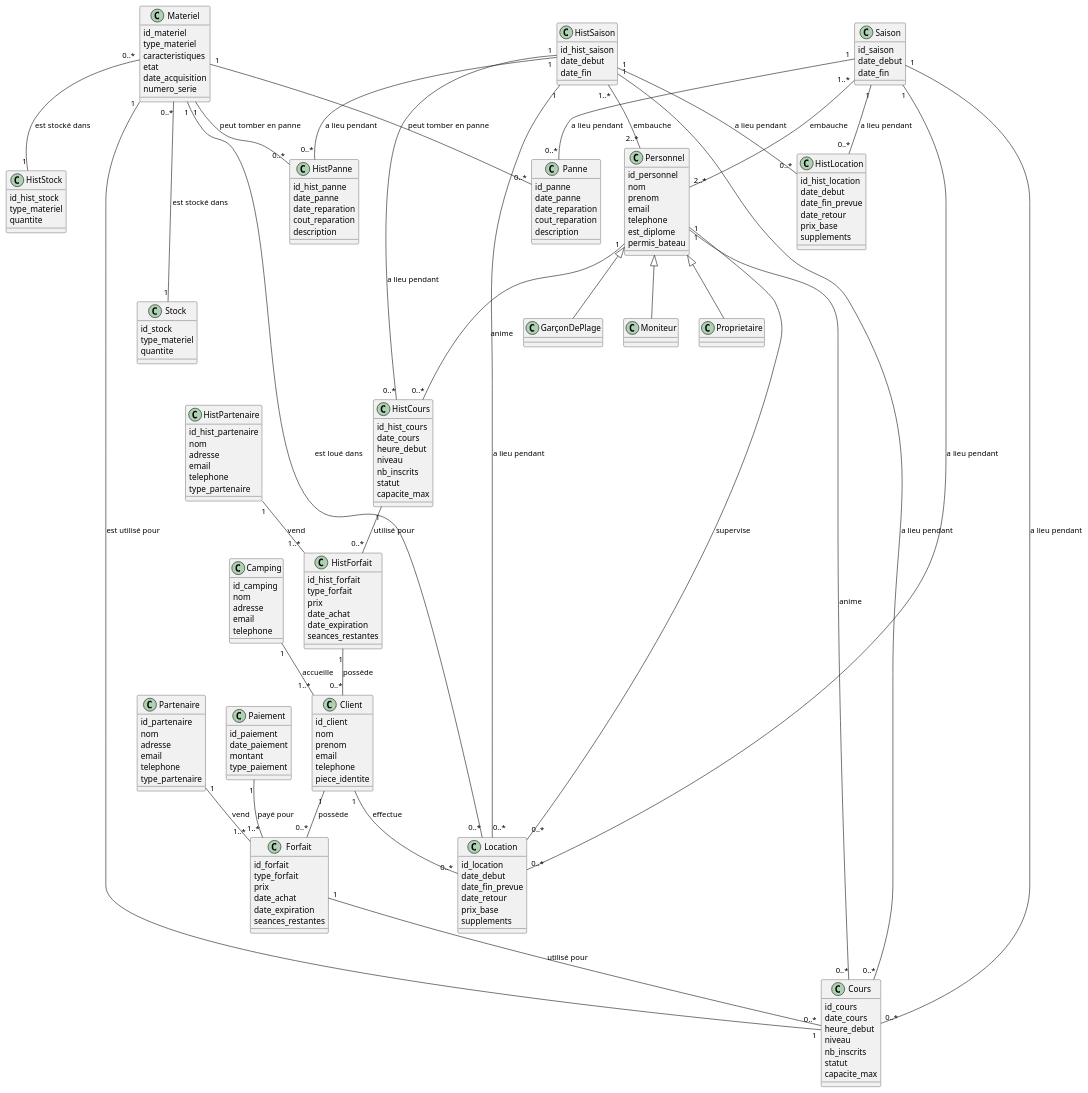
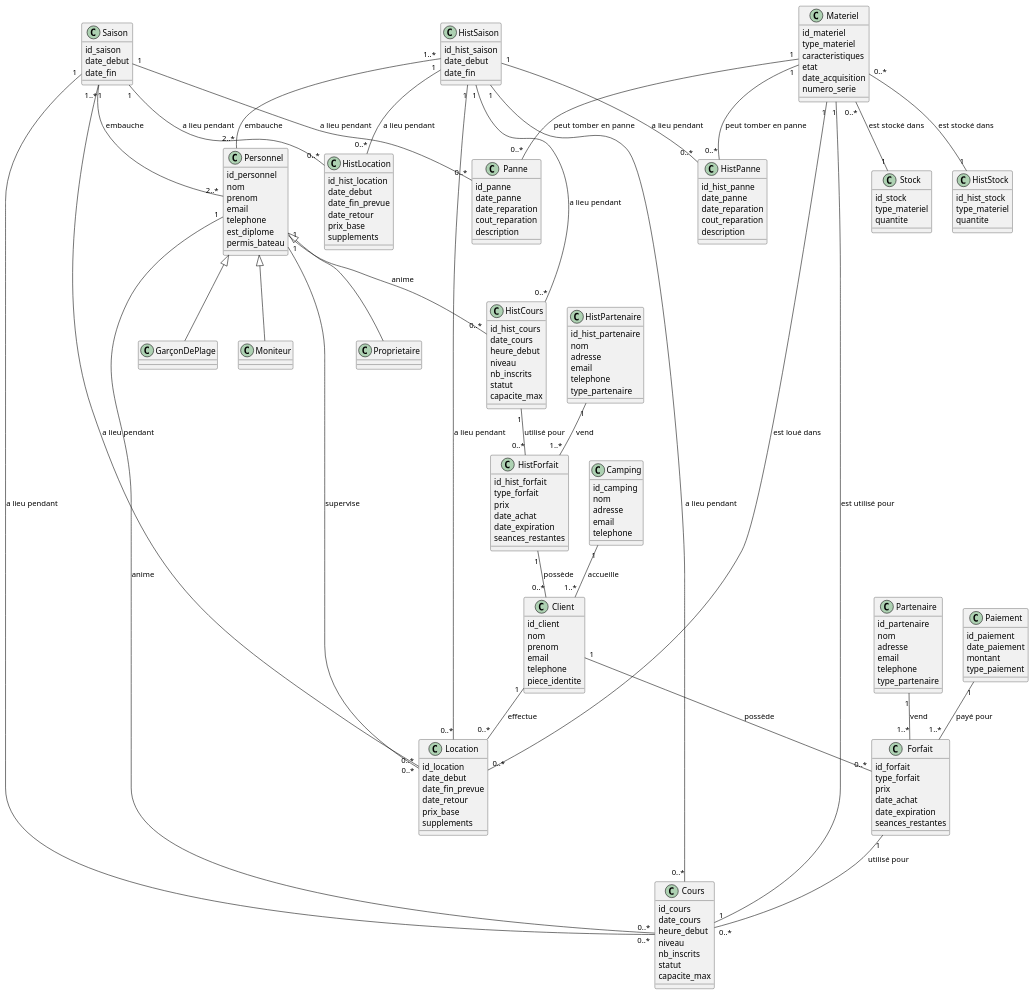
One commit to Hugo-COLLIN/MIAGE_CSI_NauticalClub changed the diagram in docs/1-analysis/generalDesignClassDiagram.puml. Above: the diagram before and after it, drawn with PlantUML.

```diff
--- a/docs/1-analysis/generalDesignClassDiagram.puml
+++ b/docs/1-analysis/generalDesignClassDiagram.puml
@@ -1,198 +1,198 @@
 @startuml
     class Personnel {
         id_personnel
         nom
         prenom
         email
         telephone
         est_diplome
         permis_bateau
     }
 
     class GarçonDePlage extends Personnel {
     }
 
     class Moniteur extends Personnel {
     }
 
     class Proprietaire extends Personnel {
     }
 
     class Saison {
         id_saison
         date_debut
         date_fin
     }
 
     class HistSaison {
         id_hist_saison
         date_debut
         date_fin
     }
 
     class Client {
         id_client
         nom
         prenom
         email
         telephone
         piece_identite
     }
 
     class Materiel {
         id_materiel
         type_materiel
         caracteristiques
         etat
         date_acquisition
         numero_serie
     }
 
     class Forfait {
         id_forfait
         type_forfait
         prix
         date_achat
         date_expiration
         seances_restantes
     }
 
     class Partenaire {
         id_partenaire
         nom
         adresse
         email
         telephone
         type_partenaire
     }
 
     class HistPartenaire {
         id_hist_partenaire
         nom
         adresse
         email
         telephone
         type_partenaire
     }
 
     class Camping {
         id_camping
         nom
         adresse
         email
         telephone
     }
 
     class HistForfait {
         id_hist_forfait
         type_forfait
         prix
         date_achat
         date_expiration
         seances_restantes
     }
 
     class Cours {
         id_cours
         date_cours
         heure_debut
         niveau
         nb_inscrits
         statut
         capacite_max
     }
 
     class HistCours {
         id_hist_cours
         date_cours
         heure_debut
         niveau
         nb_inscrits
         statut
         capacite_max
     }
 
     class Location {
         id_location
         date_debut
         date_fin_prevue
         date_retour
         prix_base
         supplements
     }
 
     class HistLocation {
         id_hist_location
         date_debut
         date_fin_prevue
         date_retour
         prix_base
         supplements
     }
 
     class Panne {
         id_panne
         date_panne
         date_reparation
         cout_reparation
         description
     }
 
     class HistPanne {
         id_hist_panne
         date_panne
         date_reparation
         cout_reparation
         description
     }
 
     class Stock {
         id_stock
         type_materiel
         quantite
     }
 
     class HistStock {
         id_hist_stock
         type_materiel
         quantite
     }
 
     class Paiement {
         id_paiement
         date_paiement
         montant
         type_paiement
     }
 
     Client "1" -- "0..*" Forfait: possède
     Client "1" -- "0..*" Location: effectue
     Personnel "1" -- "0..*" Cours: anime
     Materiel "1" -- "0..*" Location: est loué dans
     Forfait "1" -- "0..*" Cours: utilisé pour
     Personnel "1" -- "0..*" Location: supervise
     Materiel "1" -- "0..*" Panne: peut tomber en panne
     Materiel "1" -- "0..*" HistPanne: peut tomber en panne
-    Materiel "0..*" --- "1" Stock: est stocké dans
+    Materiel "0..*" -- "1" Stock: est stocké dans
     Materiel "0..*" -- "1" HistStock: est stocké dans
     HistCours "1" -- "0..*" HistForfait: utilisé pour
-    Personnel "1" --- "0..*" HistCours : anime
+    Personnel "1" -- "0..*" HistCours : anime
     HistForfait "1" -- "0..*" Client: possède
     Partenaire "1" -- "1..*" Forfait: vend
     HistPartenaire "1" -- "1..*" HistForfait: vend
     Camping "1" -- "1..*" Client: accueille
     Materiel "1" - "1" Cours: est utilisé pour
     Paiement "1" -- "1..*" Forfait: payé pour
     Saison "1..*" -- "2..*" Personnel: embauche
     Saison "1" -- "0..*" Cours: a lieu pendant
     Saison "1" -- "0..*" Location: a lieu pendant
     Saison "1" -- "0..*" Panne: a lieu pendant
     Saison "1" -- "0..*" HistLocation: a lieu pendant
     HistSaison "1..*" -- "2..*" Personnel: embauche
     HistSaison "1" -- "0..*" Cours: a lieu pendant
     HistSaison "1" -- "0..*" Location: a lieu pendant
     HistSaison "1" -- "0..*" HistPanne: a lieu pendant
     HistSaison "1" -- "0..*" HistCours: a lieu pendant
     HistSaison "1" -- "0..*" HistLocation: a lieu pendant
 
 @enduml
```
